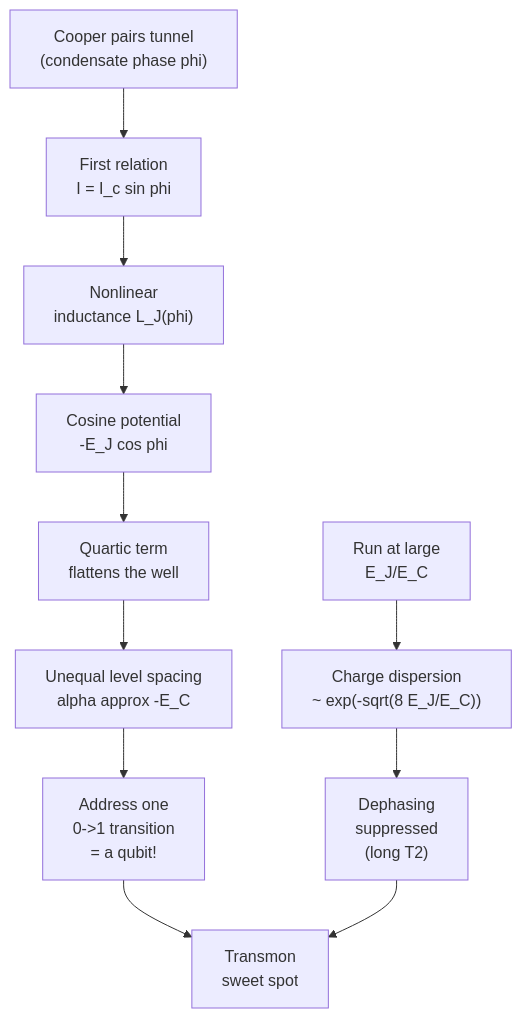
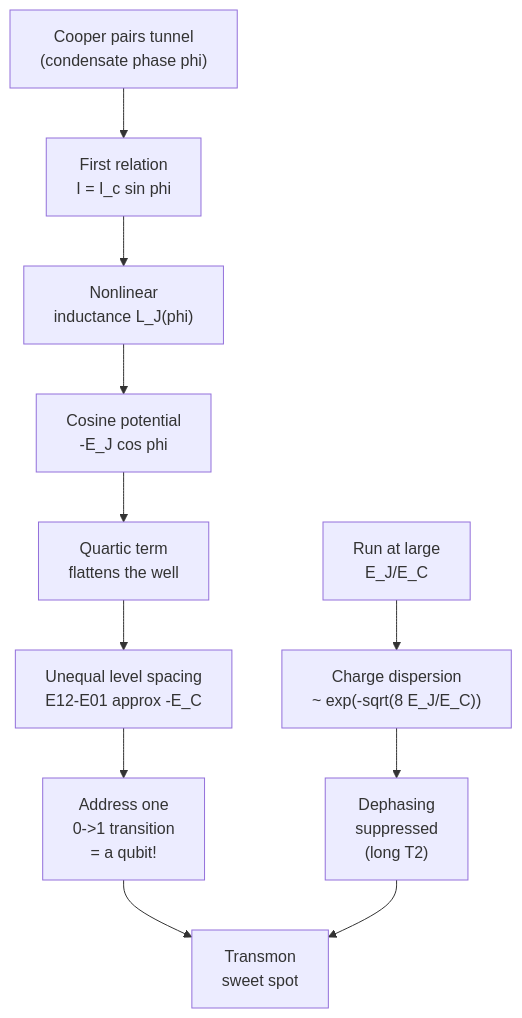
The diagram in tutorial/03-josephson-junction.md (Iamsohungrynow/superconducting-qubits-journey), drawn with Mermaid before and after one commit. The commit also changed other lines of this file and 17 other files, not shown here.

````diff
--- a/tutorial/03-josephson-junction.md
+++ b/tutorial/03-josephson-junction.md
@@ -9,13 +11,13 @@
 ```mermaid
 flowchart TD
     A["Cooper pairs tunnel<br/>(condensate phase phi)"] --> B["First relation<br/>I = I_c sin phi"]
     B --> C["Nonlinear<br/>inductance L_J(phi)"]
     C --> D["Cosine potential<br/>-E_J cos phi"]
     D --> E["Quartic term<br/>flattens the well"]
-    E --> F["Unequal level spacing<br/>alpha approx -E_C"]
+    E --> F["Unequal level spacing<br/>E12-E01 approx -E_C"]
     F --> G["Address one<br/>0->1 transition<br/>= a qubit!"]
     H["Run at large<br/>E_J/E_C"] --> I["Charge dispersion<br/>~ exp(-sqrt(8 E_J/E_C))"]
     I --> J["Dephasing<br/>suppressed<br/>(long T2)"]
     G --> K["Transmon<br/>sweet spot"]
     J --> K
 ```
````
